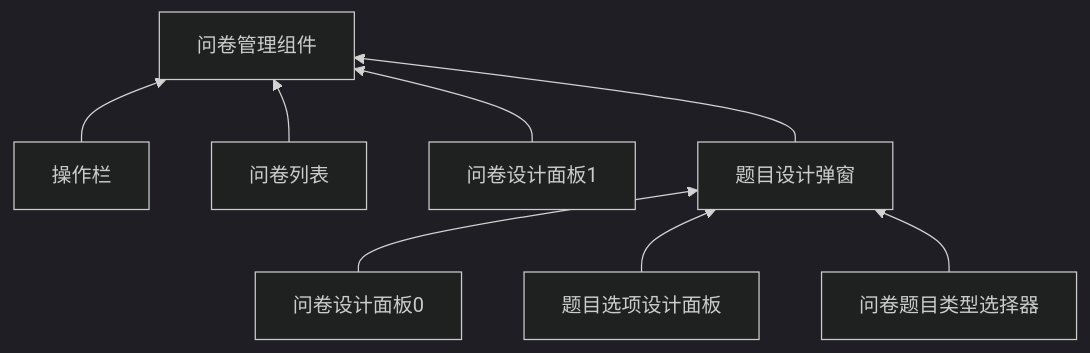
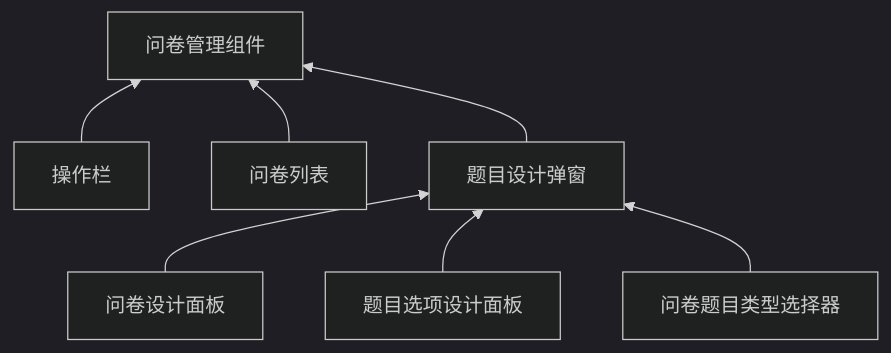
The diagram in src/components/QuestionnaireManager/README.md (DanceSky720/v3_vite_admin-master), drawn with Mermaid (dark theme) before and after one commit. The commit also changed other lines of this file and 17 other files, not shown here.

````diff
--- a/src/components/QuestionnaireManager/README.md
+++ b/src/components/QuestionnaireManager/README.md
@@ -36,14 +37,12 @@
 ```mermaid
 graph BT
 
-    问卷设计面板0 --> dialog[题目设计弹窗]
+    问卷设计面板 --> dialog[题目设计弹窗]
     题目选项设计面板 --> dialog
     问卷题目类型选择器 -->dialog
 
     操作栏 --> manager[问卷管理组件]
     问卷列表 --> manager
-    问卷设计面板1 --> manager
     dialog --> manager
-    
 
 ```
````
